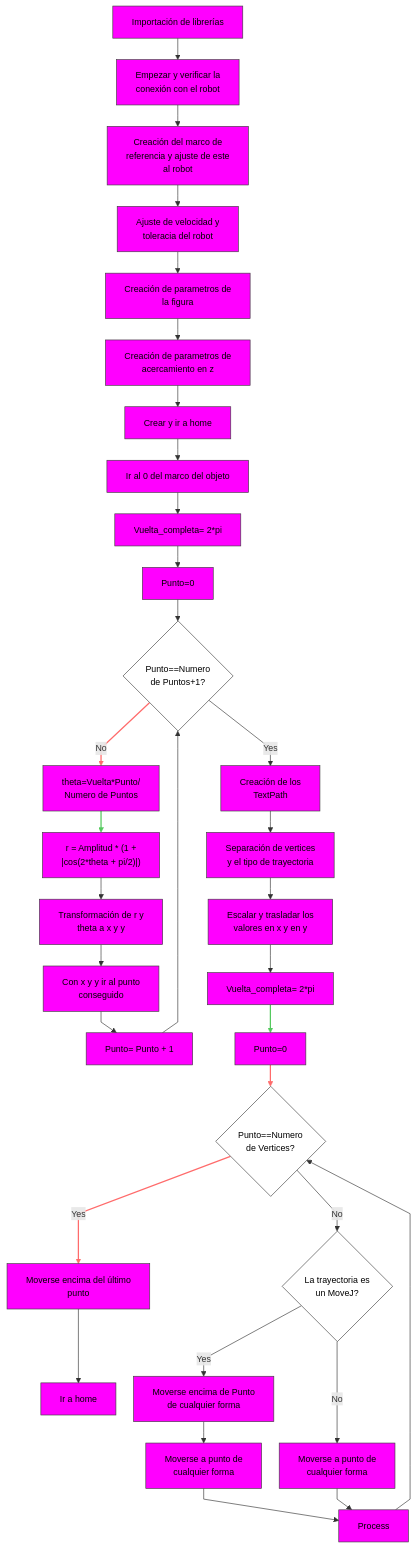
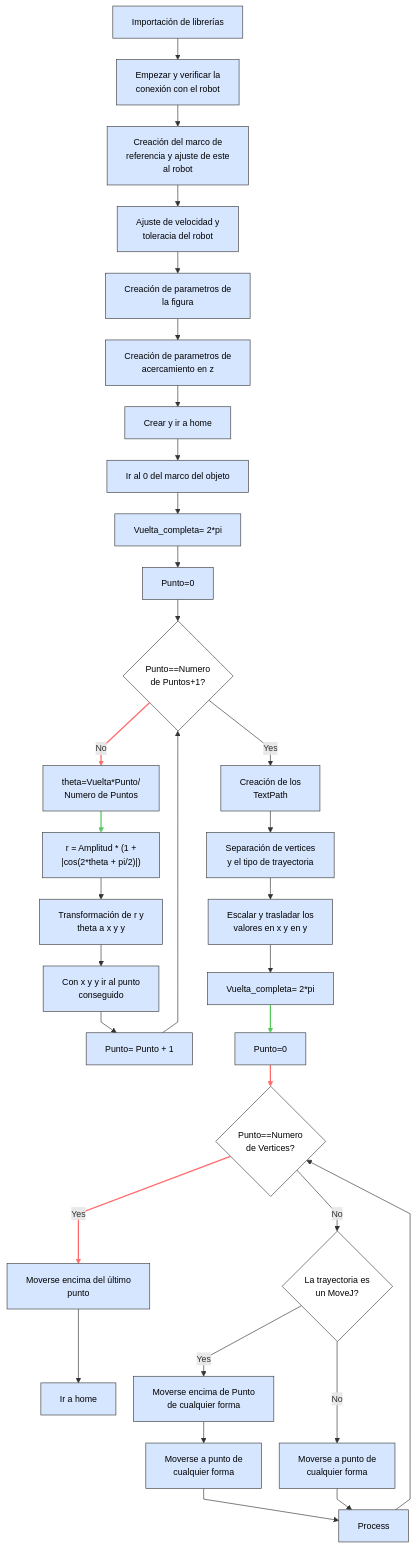
Before and after one commit to labsir-un/Robotica-2026-I-Equipo-2A-Monroy-Saenz: the diagram in Laboratorio No. 02 - Robótica Industrial Motoman MH6 y RoboDK/README.MD, drawn with Mermaid.

````diff
--- a/Laboratorio No. 02 - Robótica Industrial Motoman MH6 y RoboDK/README.MD
+++ b/Laboratorio No. 02 - Robótica Industrial Motoman MH6 y RoboDK/README.MD
@@ -96,78 +96,78 @@
 ```mermaid
 %%{init: {
   "flowchart": {
     "curve": "linear",
     "nodeSpacing": 28,
     "rankSpacing": 34
   },
   "themeVariables": {
     "fontSize": "14px"
   }
 }}%%
 
 flowchart TD
 
 %% ===== BLOQUES PRINCIPALES =====
 A1["Importación de librerías"] --> A2["Empezar y verificar la<br/>conexión con el robot"]
 A2 --> A3["Creación del marco de<br/>referencia y ajuste de este<br/>al robot"]
 A3 --> A4["Ajuste de velocidad y<br/>toleracia del robot"]
 A4 --> A5["Creación de parametros de<br/>la figura"]
 A5 --> A6["Creación de parametros de<br/>acercamiento en z"]
 A6 --> A7["Crear y ir a home"]
 A7 --> A8["Ir al 0 del marco del objeto"]
 A8 --> A9["Vuelta_completa= 2*pi"]
 A9 --> A10["Punto=0"]
 
 D1{Punto==Numero<br/>de Puntos+1?}
 
 A10 --> D1
 
 %% ===== RAMA 1: RECORRIDO DE PUNTOS =====
 D1 -->|No| B1["theta=Vuelta*Punto/<br/>Numero de Puntos"]
 B1 --> B2["r = Amplitud * (1 +<br/>|cos(2*theta + pi/2)|)"]
 B2 --> B3["Transformación de r y<br/>theta a x y y"]
 B3 --> B4["Con x y y ir al punto<br/>conseguido"]
 B4 --> B5["Punto= Punto + 1"]
 B5 --> D1
 
 %% ===== RAMA 2: CREACIÓN DE TEXTPATH =====
 D1 -->|Yes| C1["Creación de los<br/>TextPath"]
 C1 --> C2["Separación de vertices<br/>y el tipo de trayectoria"]
 C2 --> C3["Escalar y trasladar los<br/>valores en x y en y"]
 C3 --> C4["Vuelta_completa= 2*pi"]
 C4 --> C5["Punto=0"]
 
 D2{Punto==Numero<br/>de Vertices?}
 C5 --> D2
 
 %% ===== RAMA 3: MOVIMIENTO FINAL =====
 D2 -->|Yes| E1["Moverse encima del último<br/>punto"]
 E1 --> E2["Ir a home"]
 
 D2 -->|No| D3{"La trayectoria es<br/>un MoveJ?"}
 
 D3 -->|Yes| F1["Moverse encima de Punto<br/>de cualquier forma"]
 F1 --> F2["Moverse a punto de<br/>cualquier forma"]
 F2 --> P["Process"]
 
 D3 -->|No| G1["Moverse a punto de<br/>cualquier forma"]
 G1 --> P
 
 P --> D2
 
 %% ===== ESTILOS =====
-classDef box fill:#ff00ff,stroke:#3d3d3d,stroke-width:1px,color:#000;
+classDef box fill:#d6e6ff,stroke:#3d3d3d,stroke-width:1px,color:#000;
 classDef decision fill:#ffffff,stroke:#3d3d3d,stroke-width:1px,color:#000;
 classDef process fill:#6fa8dc,stroke:#3d3d3d,stroke-width:1px,color:#000;
 
 class A1,A2,A3,A4,A5,A6,A7,A8,A9,A10,B1,B2,B3,B4,B5,C1,C2,C3,C4,C5,E1,E2,F1,F2,G1,P box;
 class D1,D2,D3 decision;
 
 %% ===== COLORES DE RAMAS =====
 linkStyle 10 stroke:#ff6b6b,stroke-width:2px
 linkStyle 11 stroke:#55c95e,stroke-width:2px
 linkStyle 20 stroke:#55c95e,stroke-width:2px
 linkStyle 21 stroke:#ff6b6b,stroke-width:2px
 linkStyle 22 stroke:#ff6b6b,stroke-width:2px
 
 ```
````
